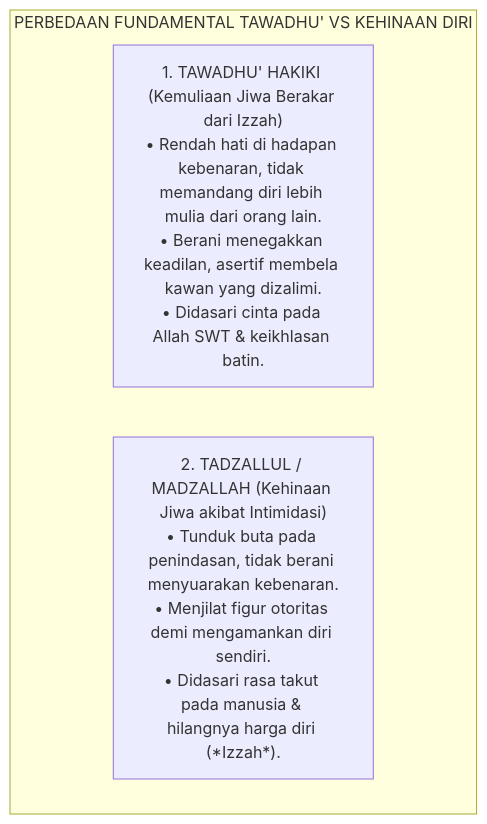
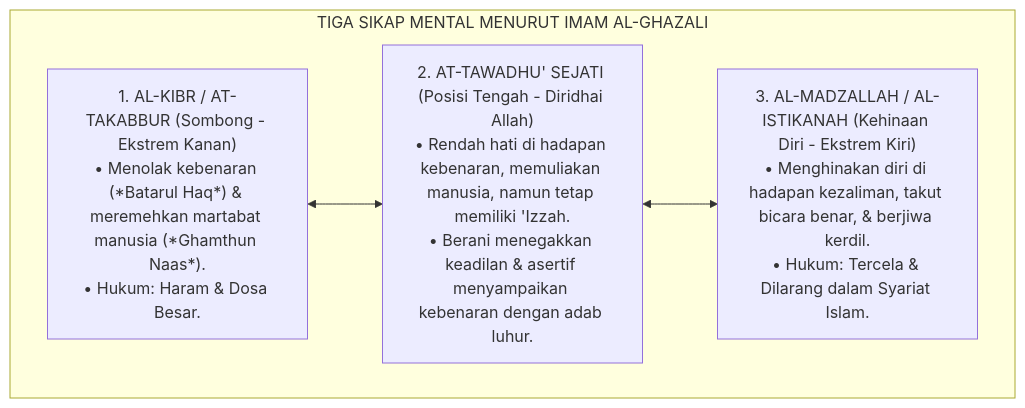
Before and after one commit to wandiapriliyandi/tumbuh: the first of 3 diagrams in BOOK-SERIES/Volume-01/Bab-04-Kritik-Feodalisme-dan-Distorsi-Tawadhu/02-Distorsi-Tawadhu-dan-Ihtiram.md, drawn with Mermaid. The commit also changed other lines of this file and 24 other files, not shown here.

Commit message:
feat(book-01): perkaya dan perdalam seluruh isi subbab bab 02 s.d. 07 dengan elaborasi komprehensif, analisis mendalam, dan diagram alur lengkap

````diff
--- a/BOOK-SERIES/Volume-01/Bab-04-Kritik-Feodalisme-dan-Distorsi-Tawadhu/02-Distorsi-Tawadhu-dan-Ihtiram.md
+++ b/BOOK-SERIES/Volume-01/Bab-04-Kritik-Feodalisme-dan-Distorsi-Tawadhu/02-Distorsi-Tawadhu-dan-Ihtiram.md
@@ -20,8 +21,12 @@
 ```mermaid
 graph TD
-    subgraph DistorsiTawadhu["PERBEDAAN FUNDAMENTAL TAWADHU' VS KEHINAAN DIRI"]
-        Tawadhu["1. TAWADHU' HAKIKI (Kemuliaan Jiwa Berakar dari Izzah)<br/>• Rendah hati di hadapan kebenaran, tidak memandang diri lebih mulia dari orang lain.<br/>• Berani menegakkan keadilan, asertif membela kawan yang dizalimi.<br/>• Didasari cinta pada Allah SWT & keikhlasan batin."]
+    subgraph TriadAlGhazali["TIGA SIKAP MENTAL MENURUT IMAM AL-GHAZALI"]
+        Kibr["1. AL-KIBR / AT-TAKABBUR (Sombong - Ekstrem Kanan)<br/>• Menolak kebenaran (*Batarul Haq*) & meremehkan martabat manusia (*Ghamthun Naas*).<br/>• Hukum: Haram & Dosa Besar."]
         
-        Madzallah["2. TADZALLUL / MADZALLAH (Kehinaan Jiwa akibat Intimidasi)<br/>• Tunduk buta pada penindasan, tidak berani menyuarakan kebenaran.<br/>• Menjilat figur otoritas demi mengamankan diri sendiri.<br/>• Didasari rasa takut pada manusia & hilangnya harga diri (*Izzah*)."]
+        Tawadhu["2. AT-TAWADHU' SEJATI (Posisi Tengah - Diridhai Allah)<br/>• Rendah hati di hadapan kebenaran, memuliakan manusia, namun tetap memiliki 'Izzah.<br/>• Berani menegakkan keadilan & asertif menyampaikan kebenaran dengan adab luhur."]
+        
+        Madzallah["3. AL-MADZALLAH / AL-ISTIKANAH (Kehinaan Diri - Ekstrem Kiri)<br/>• Menghinakan diri di hadapan kezaliman, takut bicara benar, & berjiwa kerdil.<br/>• Hukum: Tercela & Dilarang dalam Syariat Islam."]
+        
+        Kibr <--> Tawadhu <--> Madzallah
     end
 ```
````
